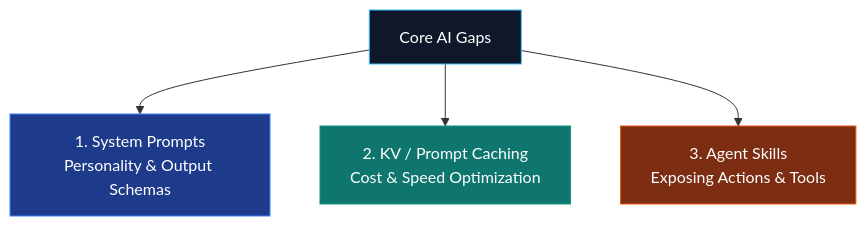
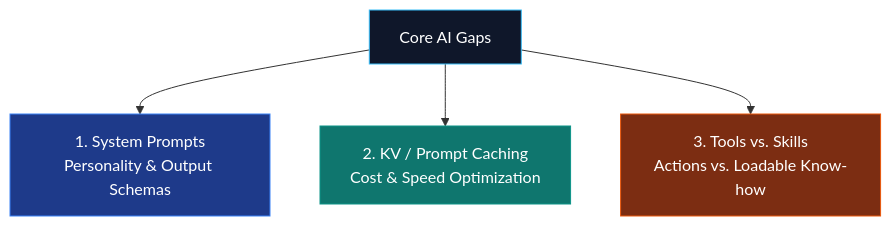
One commit to shubhamag91/ai_mastery_labs changed the diagram in docs/core_knowledge_gaps.md. Above: the diagram before and after it, drawn with Mermaid. The commit also changed other lines of this file and 15 other files, not shown here.

````diff
--- a/docs/core_knowledge_gaps.md
+++ b/docs/core_knowledge_gaps.md
@@ -9,11 +9,11 @@
 ```mermaid
 graph TD
     A[Core AI Gaps] --> B[1. System Prompts<br/>Personality & Output Schemas]
     A --> C[2. KV / Prompt Caching<br/>Cost & Speed Optimization]
-    A --> D[3. Agent Skills<br/>Exposing Actions & Tools]
+    A --> D[3. Tools vs. Skills<br/>Actions vs. Loadable Know-how]
 
     style A fill:#0f172a,stroke:#38bdf8,color:#fff
     style B fill:#1e3a8a,stroke:#3b82f6,color:#fff
     style C fill:#0f766e,stroke:#0d9488,color:#fff
     style D fill:#7c2d12,stroke:#ea580c,color:#fff
 ```
````
